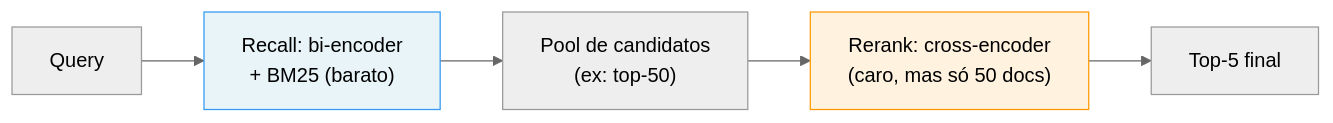
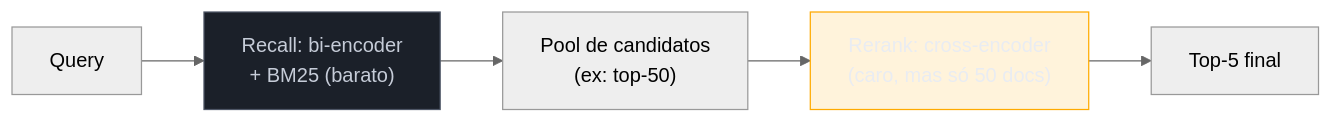
Before and after one commit to josenaldo/codex-technomanticus: the third of 3 diagrams in 03-Dominios/Tecnologia/IA/Claude Code/Workflows/11 - Estratégias estruturais de contexto/03 - Indexação semântica externa.md, drawn with Mermaid (neutral theme). The commit also changed other lines of this file and 1181 other files, not shown here.

First line of the commit message:
fix(diagramas): paleta do sistema no lugar de cor cravada no markdown

````diff
--- a/03-Dominios/Tecnologia/IA/Claude Code/Workflows/11 - Estratégias estruturais de contexto/03 - Indexação semântica externa.md
+++ b/03-Dominios/Tecnologia/IA/Claude Code/Workflows/11 - Estratégias estruturais de contexto/03 - Indexação semântica externa.md
@@ -316,10 +321,12 @@
 ```mermaid
 flowchart LR
+    classDef neutro fill:#1B2029,stroke:#4E5666,color:#C6CCD8
+    classDef destaque fill:#FFAA0024,stroke:#FFAA00,color:#E9ECF2
     query["Query"] --> recall["Recall: bi-encoder<br/>+ BM25 (barato)"]
     recall --> pool["Pool de candidatos<br/>(ex: top-50)"]
     pool --> rerank["Rerank: cross-encoder<br/>(caro, mas só 50 docs)"]
     rerank --> final["Top-5 final"]
 
-    style recall fill:#e8f4f8,stroke:#339af0
-    style rerank fill:#fff3e0,stroke:#ff9800
+    class recall neutro
+    class rerank destaque
 ```
````
